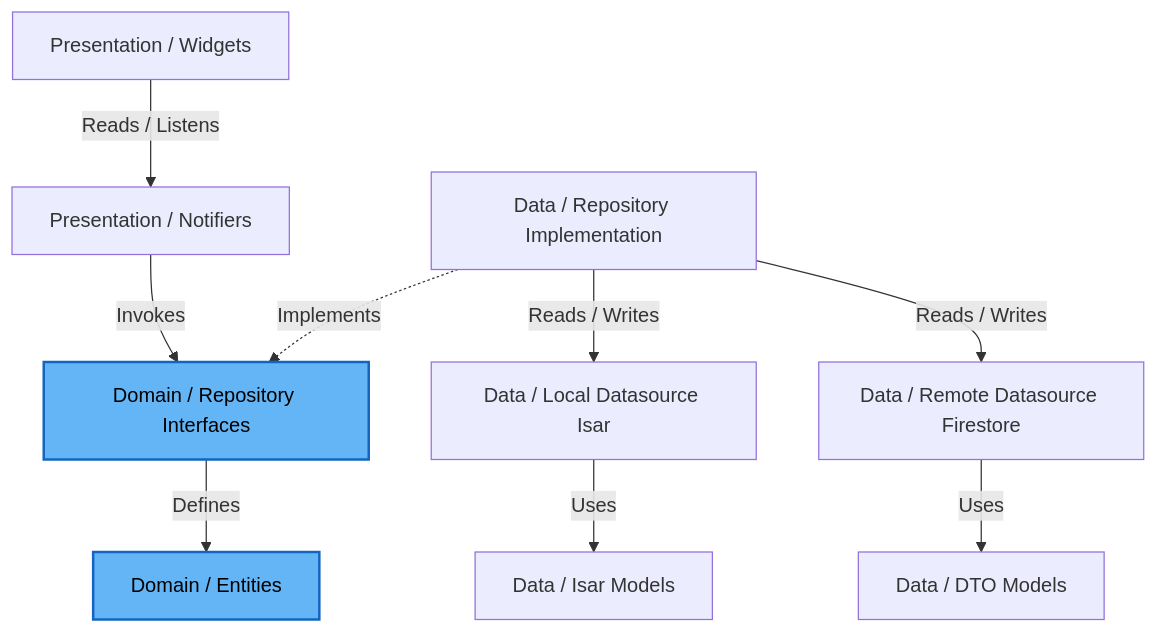
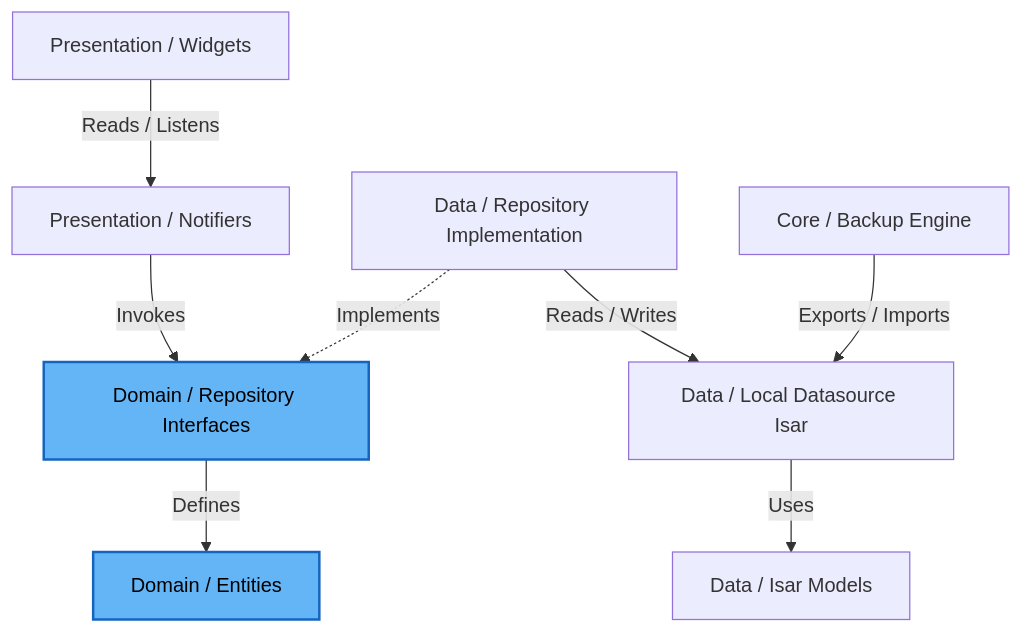
Before and after one commit to ramsaitanguturi/AttendIQ: the diagram in docs/ARCHITECTURE.md, drawn with Mermaid. The commit also changed other lines of this file and 179 other files, not shown here.

````diff
--- a/docs/ARCHITECTURE.md
+++ b/docs/ARCHITECTURE.md
@@ -74,13 +75,12 @@
 ```mermaid
 graph TD
     UI[Presentation / Widgets] -->|Reads / Listens| Providers[Presentation / Notifiers]
     Providers -->|Invokes| RepositoriesInterface[Domain / Repository Interfaces]
     RepositoriesInterface -->|Defines| Entities[Domain / Entities]
     RepositoryImpl[Data / Repository Implementation] -.->|Implements| RepositoriesInterface
     RepositoryImpl -->|Reads / Writes| LocalDS[Data / Local Datasource Isar]
-    RepositoryImpl -->|Reads / Writes| RemoteDS[Data / Remote Datasource Firestore]
     LocalDS -->|Uses| IsarSchemas[Data / Isar Models]
-    RemoteDS -->|Uses| FirestoreDTOs[Data / DTO Models]
+    BackupEngine[Core / Backup Engine] -->|Exports / Imports| LocalDS
     style Entities fill:#64b5f6,stroke:#1565c0,stroke-width:2px,color:#000
     style RepositoriesInterface fill:#64b5f6,stroke:#1565c0,stroke-width:2px,color:#000
 ```
````
